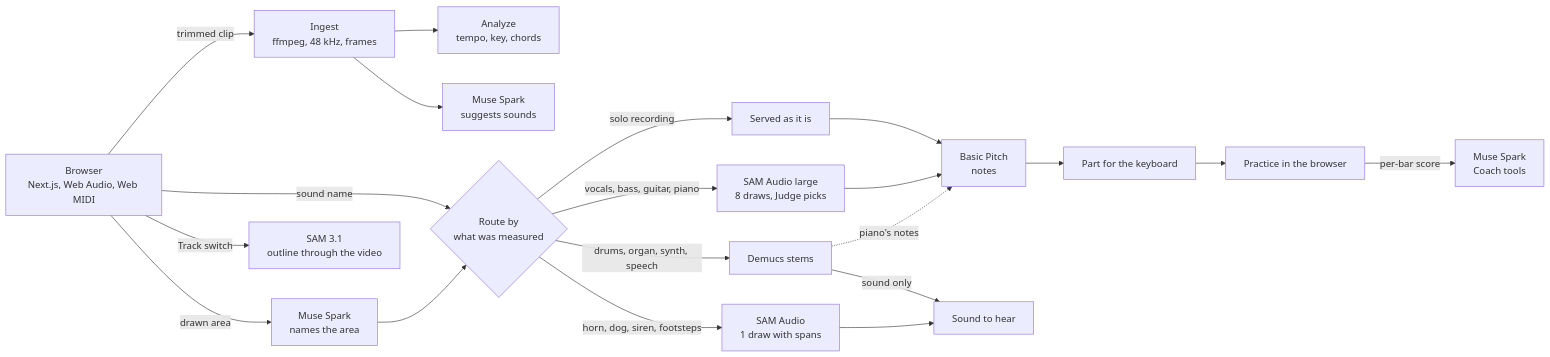
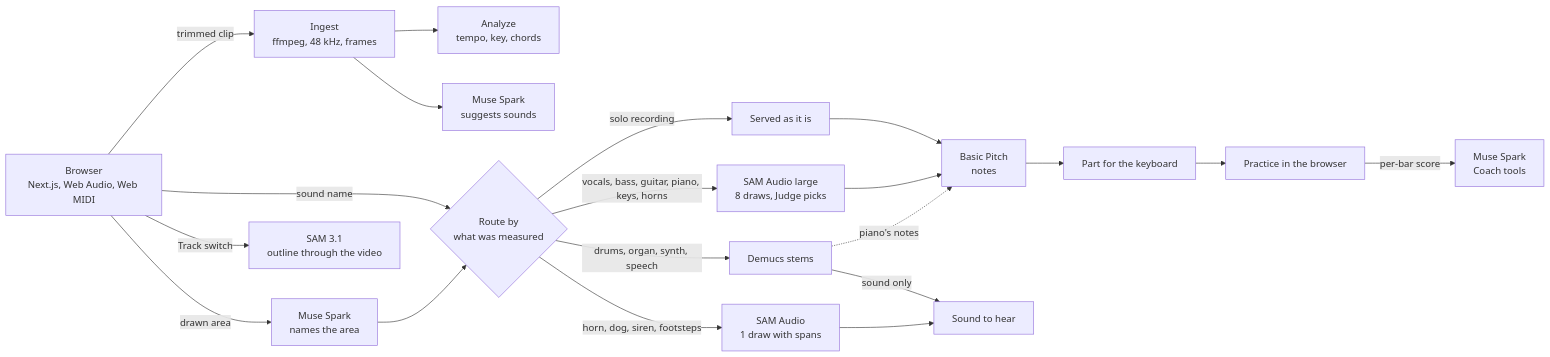
One commit to mehmetyz/mixray changed the diagram in README.md. Above: the diagram before and after it, drawn with Mermaid. The commit also changed 6 other files, not shown here.

Commit message:
fix(engine): give keys notes, send horns to SAM Audio and check presence before the solo shortcut

````diff
--- a/README.md
+++ b/README.md
@@ -69,22 +69,22 @@
 ```mermaid
 flowchart LR
   B["Browser<br/>Next.js, Web Audio, Web MIDI"] -->|"trimmed clip"| I["Ingest<br/>ffmpeg, 48 kHz, frames"]
   I --> A["Analyze<br/>tempo, key, chords"]
   I --> S["Muse Spark<br/>suggests sounds"]
   B -->|"drawn area"| N["Muse Spark<br/>names the area"]
   B -->|"sound name"| R{"Route by<br/>what was measured"}
   N --> R
   R -->|"solo recording"| U["Served as it is"]
-  R -->|"vocals, bass, guitar, piano"| SA["SAM Audio large<br/>8 draws, Judge picks"]
+  R -->|"vocals, bass, guitar, piano, keys, horns"| SA["SAM Audio large<br/>8 draws, Judge picks"]
   R -->|"drums, organ, synth, speech"| D["Demucs stems"]
   R -->|"horn, dog, siren, footsteps"| SE["SAM Audio<br/>1 draw with spans"]
   U --> BP["Basic Pitch<br/>notes"]
   SA --> BP
   D -->|"sound only"| H["Sound to hear"]
   D -.->|"piano's notes"| BP
   SE --> H
   BP --> AR["Part for the keyboard"]
   AR --> L["Practice in the browser"]
   L -->|"per-bar score"| C["Muse Spark<br/>Coach tools"]
   B -->|"Track switch"| T["SAM 3.1<br/>outline through the video"]
 ```
````
